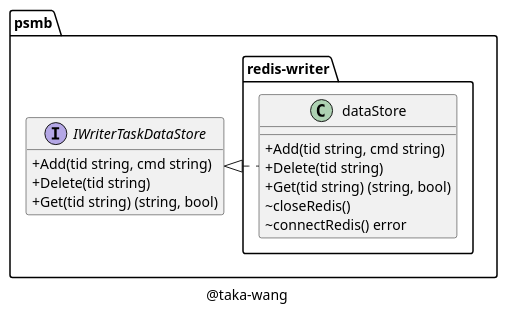
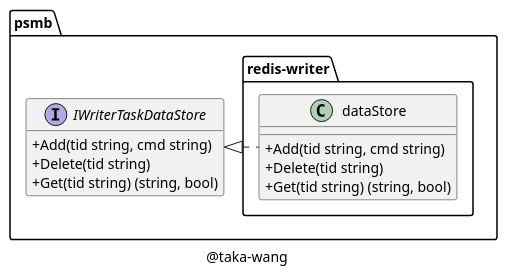
Before and after one commit to taka-wang/puml: the diagram in class/redis-writer.puml, drawn with PlantUML. The commit also changed 4 other files, not shown here.

Commit message:
update uml

```diff
--- a/class/redis-writer.puml
+++ b/class/redis-writer.puml
@@ -1,27 +1,25 @@
 @startuml
 
 set namespaceSeparator /
 
 skinparam classAttributeIconSize 0
 
 class psmb/redis-writer/dataStore {
     +Add(tid string, cmd string)
     +Delete(tid string)
     +Get(tid string) (string, bool)
-    ~closeRedis()
-    ~connectRedis() error
 }
 
 interface psmb/IWriterTaskDataStore {
     +Add(tid string, cmd string)
     +Delete(tid string)
     +Get(tid string) (string, bool)
 }
 
 "psmb/IWriterTaskDataStore" <|. "psmb/redis-writer/dataStore"
 
 caption @taka-wang
 
 hide interface fields
 
 @enduml
```
